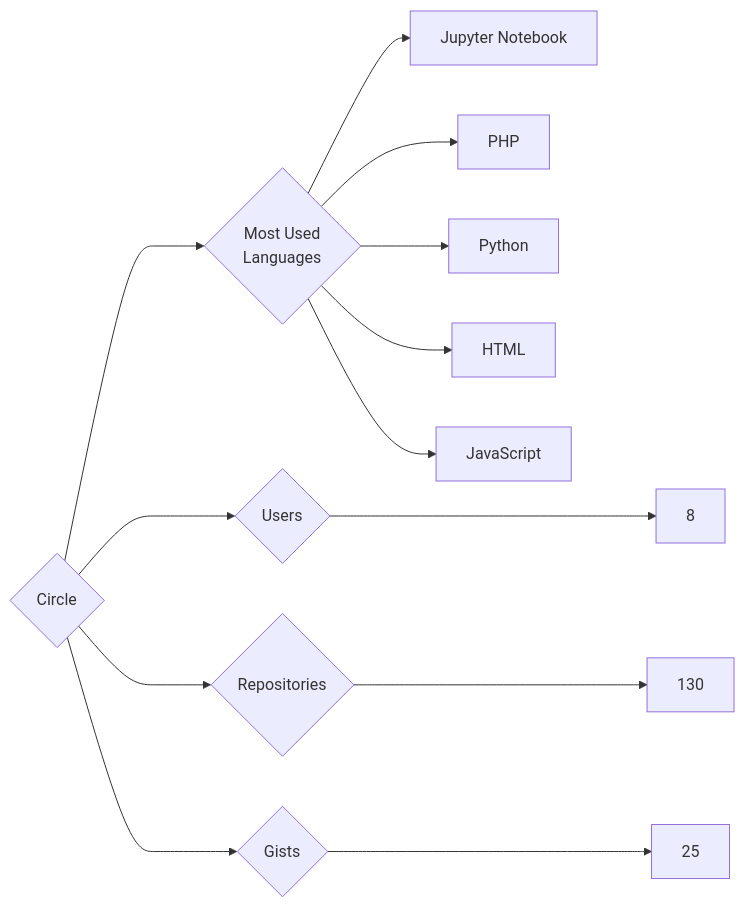
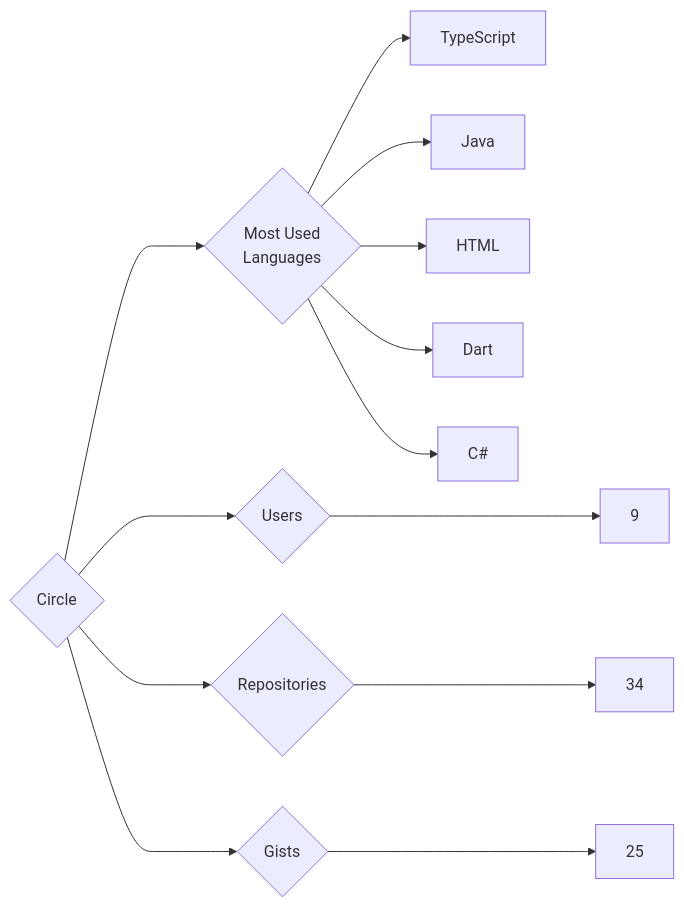
One commit to trickest/insiders changed the diagram in targets/Circle/README.md. Above: the diagram before and after it, drawn with Mermaid. The commit also changed 757 other files, not shown here.

````diff
--- a/targets/Circle/README.md
+++ b/targets/Circle/README.md
@@ -3,13 +3,13 @@
 ```mermaid
 graph LR
 COMPANY_NAME{Circle}
-COMPANY_NAME ---> U{Users} ---> UN[8]
-COMPANY_NAME ---> R{Repositories} ---> RN[130]
+COMPANY_NAME ---> U{Users} ---> UN[9]
+COMPANY_NAME ---> R{Repositories} ---> RN[34]
 COMPANY_NAME ---> G{Gists} ---> GN[25]
 COMPANY_NAME ---> ML{Most Used<br>Languages}
-ML --> Jupyter_Notebook[Jupyter Notebook]
-ML --> PHP[PHP]
-ML --> Python[Python]
+ML --> TypeScript[TypeScript]
+ML --> Java[Java]
 ML --> HTML[HTML]
-ML --> JavaScript[JavaScript]
+ML --> Dart[Dart]
+ML --> C#[C#]
 ```
````
